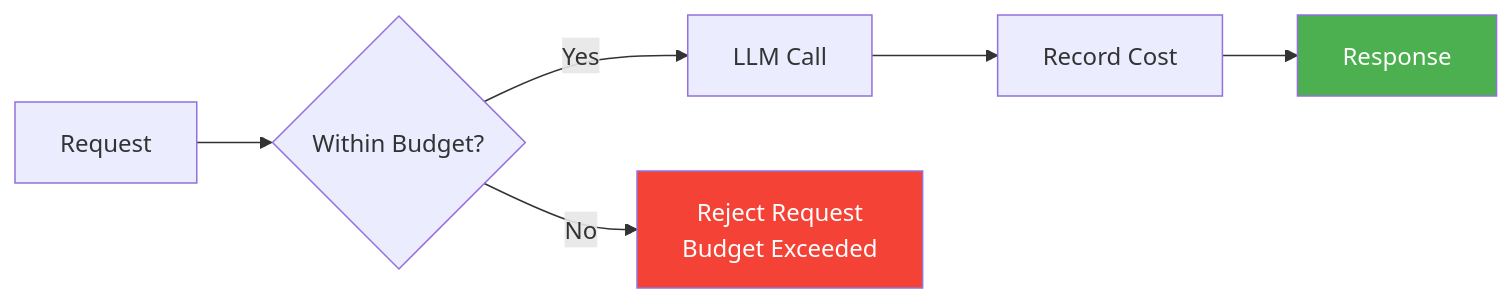
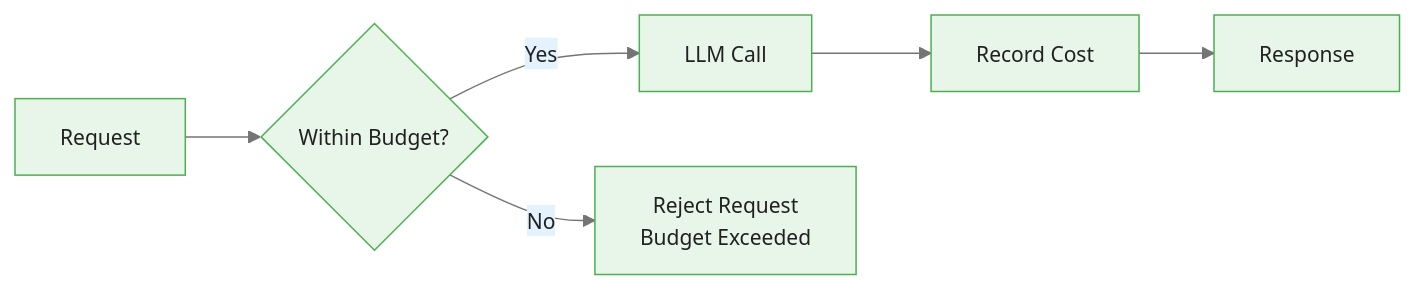
The fourth of 4 diagrams in courses/dataiku-genai/modules/module_04_deployment/guides/01_deployment_monitoring_slides.md (m-deane/course-creator), drawn with Mermaid before and after one commit. The commit also changed other lines of this file and 54 other files, not shown here.

````diff
--- a/courses/dataiku-genai/modules/module_04_deployment/guides/01_deployment_monitoring_slides.md
+++ b/courses/dataiku-genai/modules/module_04_deployment/guides/01_deployment_monitoring_slides.md
@@ -321,11 +321,9 @@
 ```mermaid
+%%{init: {"theme": "base", "themeVariables": {"primaryColor": "#e8f5e9", "primaryBorderColor": "#4caf50", "primaryTextColor": "#212121", "secondaryColor": "#e3f2fd", "tertiaryColor": "#fff8e1", "lineColor": "#757575", "fontFamily": "Inter, sans-serif", "fontSize": "14px"}}}%%
 flowchart LR
     REQ[Request] --> CHK{Within Budget?}
     CHK -->|Yes| LLM[LLM Call]
     CHK -->|No| REJECT[Reject Request<br/>Budget Exceeded]
     LLM --> RECORD[Record Cost]
     RECORD --> RES[Response]
-
-    style REJECT fill:#f44336,color:#fff
-    style RES fill:#4CAF50,color:#fff
 ```
````
